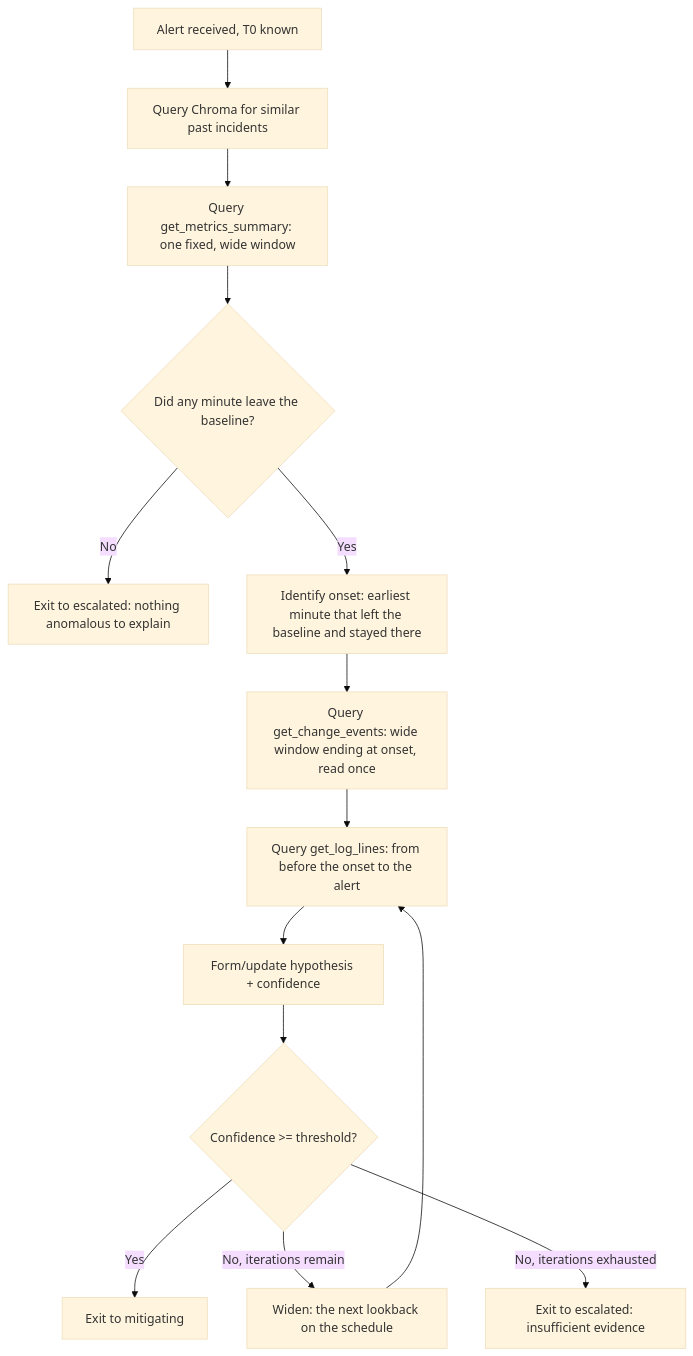
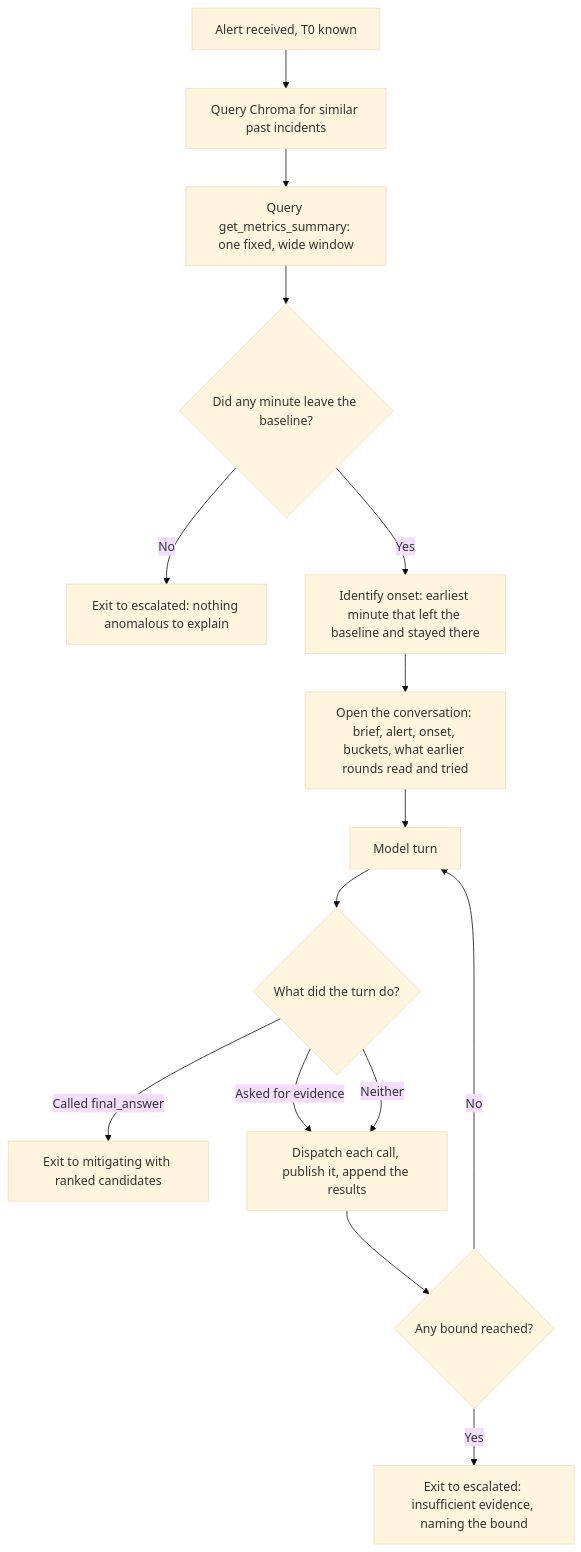
One commit to ohadraz/Argus changed the second of 5 diagrams in docs/spec-and-architecture.md. Above: the diagram before and after it, drawn with Mermaid (base theme). The commit also changed other lines of this file and 241 other files, not shown here.

````diff
--- a/docs/spec-and-architecture.md
+++ b/docs/spec-and-architecture.md
@@ -204,16 +204,17 @@
 ```mermaid
 flowchart TD
     A[Alert received, T0 known] --> B[Query Chroma for similar past incidents]
     B --> C[Query get_metrics_summary: one fixed, wide window]
     C --> D{Did any minute leave the baseline?}
     D -->|No| K[Exit to escalated: nothing anomalous to explain]
     D -->|Yes| E[Identify onset: earliest minute that left the baseline and stayed there]
-    E --> M[Query get_change_events: wide window ending at onset, read once]
-    M --> F[Query get_log_lines: from before the onset to the alert]
-    F --> G[Form/update hypothesis + confidence]
-    G --> H{Confidence >= threshold?}
-    H -->|Yes| I[Exit to mitigating]
-    H -->|No, iterations remain| J[Widen: the next lookback on the schedule]
-    J --> F
-    H -->|No, iterations exhausted| L[Exit to escalated: insufficient evidence]
+    E --> F[Open the conversation: brief, alert, onset, buckets, what earlier rounds read and tried]
+    F --> G[Model turn]
+    G --> H{What did the turn do?}
+    H -->|Called final_answer| I[Exit to mitigating with ranked candidates]
+    H -->|Asked for evidence| J[Dispatch each call, publish it, append the results]
+    H -->|Neither| J
+    J --> L{Any bound reached?}
+    L -->|No| G
+    L -->|Yes| M[Exit to escalated: insufficient evidence, naming the bound]
 ```
````
